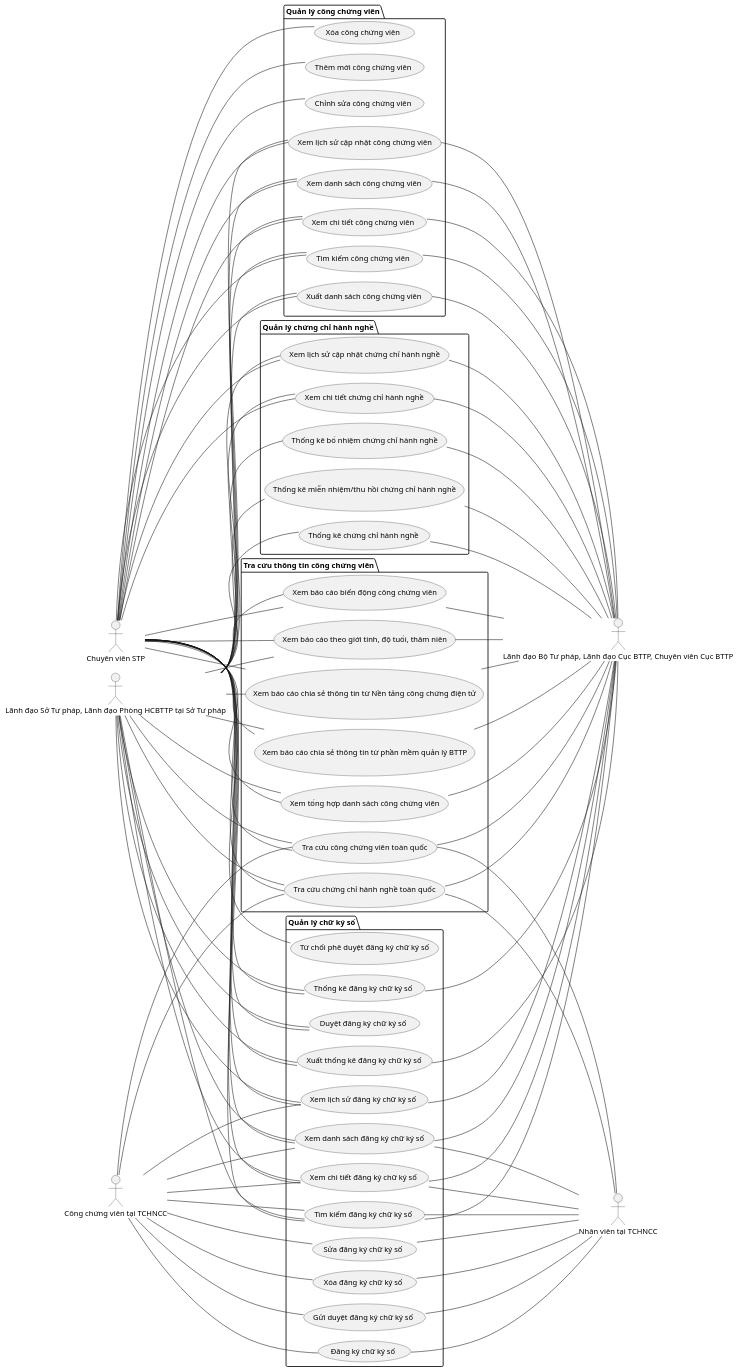
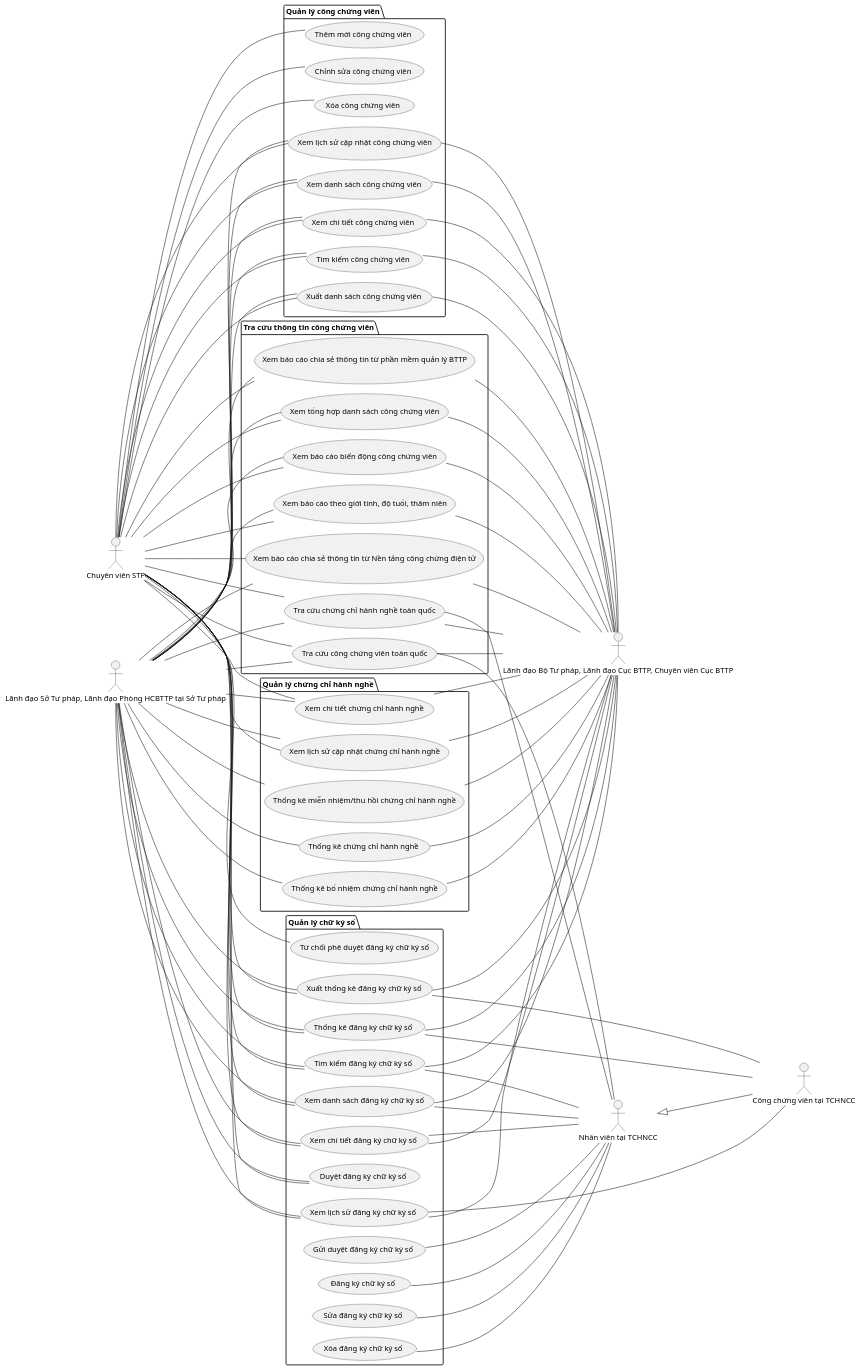
The diagram in Quản lý công chứng viên/4.usecases.puml (alvinnguyen9820-prog/CSDL-Cong-Chung), drawn with PlantUML before and after one commit. The commit also changed 35 other files, not shown here.

```diff
--- a/Quản lý công chứng viên/4.usecases.puml
+++ b/Quản lý công chứng viên/4.usecases.puml
@@ -1,174 +1,168 @@
 @startuml
 !pragma layout smetana
 left to right direction
 
 '==================== Actors ====================
 actor "Chuyên viên STP" as CVSTP
 actor "Lãnh đạo Sở Tư pháp, Lãnh đạo Phòng HCBTTP tại Sở Tư pháp" as LeaderSTP
 actor "Lãnh đạo Bộ Tư pháp, Lãnh đạo Cục BTTP, Chuyên viên Cục BTTP" as LeaderBTP
 actor "Công chứng viên tại TCHNCC" as CCV
 actor "Nhân viên tại TCHNCC" as Staff
 
 '==================== Quản lý công chứng viên ====================
 package "Quản lý công chứng viên" as P_CCVMgmt {
     usecase "Xem danh sách công chứng viên" as UC_CCV_List
     usecase "Xem chi tiết công chứng viên" as UC_CCV_Detail
     usecase "Thêm mới công chứng viên" as UC_CCV_Create
     usecase "Chỉnh sửa công chứng viên" as UC_CCV_Update
     usecase "Xóa công chứng viên" as UC_CCV_Delete
     usecase "Tìm kiếm công chứng viên" as UC_CCV_Search
     usecase "Xuất danh sách công chứng viên" as UC_CCV_Export
     usecase "Xem lịch sử cập nhật công chứng viên" as UC_CCV_History
 }
 
 '==================== Quản lý chứng chỉ hành nghề ====================
 package "Quản lý chứng chỉ hành nghề" as P_CertMgmt {
     usecase "Xem lịch sử cập nhật chứng chỉ hành nghề" as UC_Cert_History
     usecase "Xem chi tiết chứng chỉ hành nghề" as UC_Cert_Detail
     usecase "Thống kê chứng chỉ hành nghề" as UC_Cert_Stats
     usecase "Thống kê bổ nhiệm chứng chỉ hành nghề" as UC_Cert_Appointment
     usecase "Thống kê miễn nhiệm/thu hồi chứng chỉ hành nghề" as UC_Cert_Revocation
 }
 
 '==================== Quản lý chữ ký số ====================
 package "Quản lý chữ ký số" as P_DigitalSign {
     usecase "Xem danh sách đăng ký chữ ký số" as UC_Sign_List
     usecase "Xem chi tiết đăng ký chữ ký số" as UC_Sign_Detail
     usecase "Tìm kiếm đăng ký chữ ký số" as UC_Sign_Search
     usecase "Đăng ký chữ ký số" as UC_Sign_Create
     usecase "Sửa đăng ký chữ ký số" as UC_Sign_Update
     usecase "Xóa đăng ký chữ ký số" as UC_Sign_Delete
     usecase "Duyệt đăng ký chữ ký số" as UC_Sign_Approve
     usecase "Từ chối phê duyệt đăng ký chữ ký số" as UC_Sign_Reject
     usecase "Gửi duyệt đăng ký chữ ký số" as UC_Sign_Submit
     usecase "Xem lịch sử đăng ký chữ ký số" as UC_Sign_History
     usecase "Thống kê đăng ký chữ ký số" as UC_Sign_Stats
     usecase "Xuất thống kê đăng ký chữ ký số" as UC_Sign_Export
 }
 
 '==================== Tra cứu thông tin công chứng viên ====================
 package "Tra cứu thông tin công chứng viên" as P_Search {
     usecase "Tra cứu công chứng viên toàn quốc" as UC_Search_CCV
     usecase "Tra cứu chứng chỉ hành nghề toàn quốc" as UC_Search_Cert
     usecase "Xem tổng hợp danh sách công chứng viên" as UC_Search_CCV_Summary
     usecase "Xem báo cáo biến động công chứng viên" as UC_Search_CCV_Change
     usecase "Xem báo cáo theo giới tính, độ tuổi, thâm niên" as UC_Search_CCV_Demographics
     usecase "Xem báo cáo chia sẻ thông tin từ Nền tảng công chứng điện tử" as UC_Search_CCV_Platform
     usecase "Xem báo cáo chia sẻ thông tin từ phần mềm quản lý BTTP" as UC_Search_CCV_Software
 }
 
 '==================== Liên kết Actor → UC ====================
 ' Chuyên viên STP
 CVSTP -- UC_CCV_List
 CVSTP -- UC_CCV_Detail
 CVSTP -- UC_CCV_Create
 CVSTP -- UC_CCV_Update
 CVSTP -- UC_CCV_Delete
 CVSTP -- UC_CCV_Search
 CVSTP -- UC_CCV_Export
 CVSTP -- UC_CCV_History
 
 CVSTP -- UC_Cert_History
 CVSTP -- UC_Cert_Detail
 
 CVSTP -- UC_Sign_List
 CVSTP -- UC_Sign_Detail
 CVSTP -- UC_Sign_Search
 CVSTP -- UC_Sign_Approve
 CVSTP -- UC_Sign_Reject
 CVSTP -- UC_Sign_History
 CVSTP -- UC_Sign_Stats
 CVSTP -- UC_Sign_Export
 
 CVSTP -- UC_Search_CCV
 CVSTP -- UC_Search_Cert
 CVSTP -- UC_Search_CCV_Summary
 CVSTP -- UC_Search_CCV_Change
 CVSTP -- UC_Search_CCV_Demographics
 CVSTP -- UC_Search_CCV_Platform
 CVSTP -- UC_Search_CCV_Software
 
 ' Lãnh đạo Sở Tư pháp / Phòng HCBTTP
 LeaderSTP -- UC_CCV_List
 LeaderSTP -- UC_CCV_Detail
 LeaderSTP -- UC_CCV_Search
 LeaderSTP -- UC_CCV_Export
 LeaderSTP -- UC_CCV_History
 
 LeaderSTP -- UC_Cert_History
 LeaderSTP -- UC_Cert_Detail
 LeaderSTP -- UC_Cert_Stats
 LeaderSTP -- UC_Cert_Appointment
 LeaderSTP -- UC_Cert_Revocation
 
 LeaderSTP -- UC_Sign_List
 LeaderSTP -- UC_Sign_Detail
 LeaderSTP -- UC_Sign_Search
 LeaderSTP -- UC_Sign_Approve
 LeaderSTP -- UC_Sign_History
 LeaderSTP -- UC_Sign_Stats
 LeaderSTP -- UC_Sign_Export
 
 LeaderSTP -- UC_Search_CCV
 LeaderSTP -- UC_Search_Cert
 LeaderSTP -- UC_Search_CCV_Summary
 LeaderSTP -- UC_Search_CCV_Change
 LeaderSTP -- UC_Search_CCV_Demographics
 LeaderSTP -- UC_Search_CCV_Platform
 LeaderSTP -- UC_Search_CCV_Software
 
 ' Lãnh đạo Bộ Tư pháp / Cục BTTP / Chuyên viên Cục BTTP
 UC_CCV_List -- LeaderBTP
 UC_CCV_Detail -- LeaderBTP
 UC_CCV_Search -- LeaderBTP
 UC_CCV_Export -- LeaderBTP
 UC_CCV_History -- LeaderBTP
 
 UC_Cert_History -- LeaderBTP
 UC_Cert_Detail -- LeaderBTP
 UC_Cert_Stats -- LeaderBTP
 UC_Cert_Appointment -- LeaderBTP
 UC_Cert_Revocation -- LeaderBTP
 
 UC_Sign_List -- LeaderBTP
 UC_Sign_Detail -- LeaderBTP
 UC_Sign_Search -- LeaderBTP
 UC_Sign_History -- LeaderBTP
 UC_Sign_Stats -- LeaderBTP
 UC_Sign_Export -- LeaderBTP
 
 UC_Search_CCV -- LeaderBTP
 UC_Search_Cert -- LeaderBTP
 UC_Search_CCV_Summary -- LeaderBTP
 UC_Search_CCV_Change -- LeaderBTP
 UC_Search_CCV_Demographics -- LeaderBTP
 UC_Search_CCV_Platform -- LeaderBTP
 UC_Search_CCV_Software -- LeaderBTP
 
 ' Công chứng viên tại TCHNCC
-CCV -- UC_Sign_List
-CCV -- UC_Sign_Detail
-CCV -- UC_Sign_Search
-CCV -- UC_Sign_Create
-CCV -- UC_Sign_Update
-CCV -- UC_Sign_Delete
-CCV -- UC_Sign_Submit
-CCV -- UC_Sign_History
+Staff <|-- CCV
+UC_Sign_History -- CCV
+UC_Sign_Export -- CCV
+UC_Sign_Stats -- CCV
 
-CCV -- UC_Search_CCV
-CCV -- UC_Search_Cert
 
 ' Nhân viên tại TCHNCC
 UC_Sign_List -- Staff
 UC_Sign_Detail -- Staff
 UC_Sign_Search -- Staff
 UC_Sign_Create -- Staff
 UC_Sign_Update -- Staff
 UC_Sign_Delete -- Staff
 UC_Sign_Submit -- Staff
 
 UC_Search_CCV -- Staff
 UC_Search_Cert -- Staff
 
 
 @enduml
```
